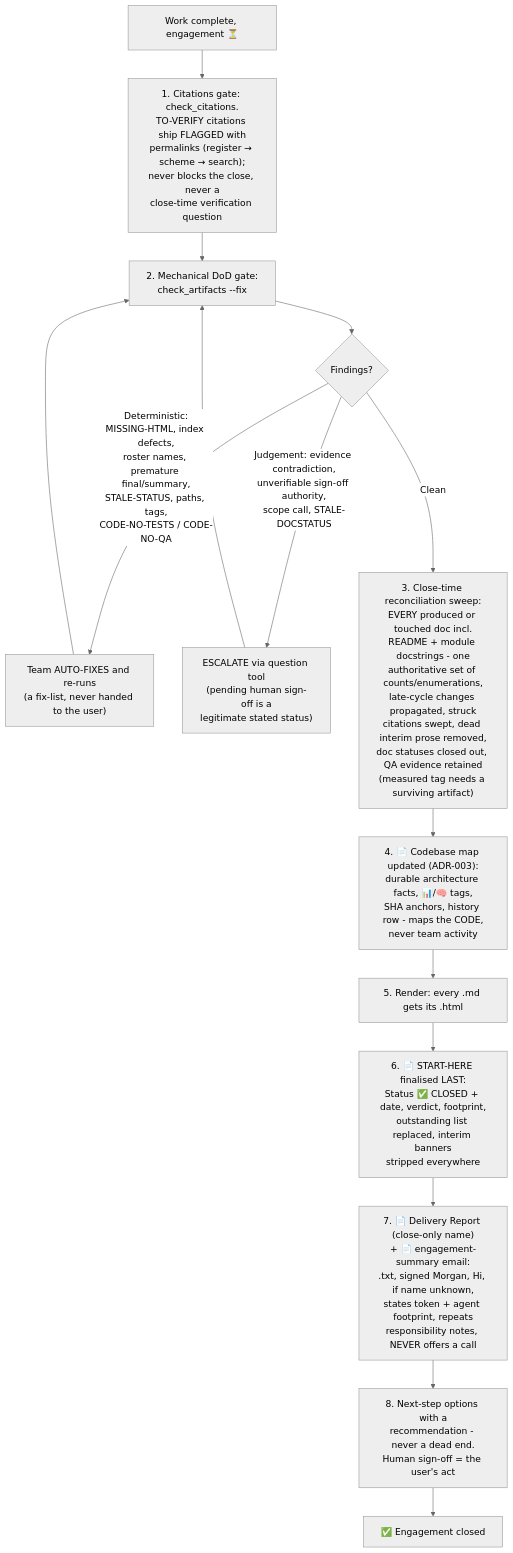
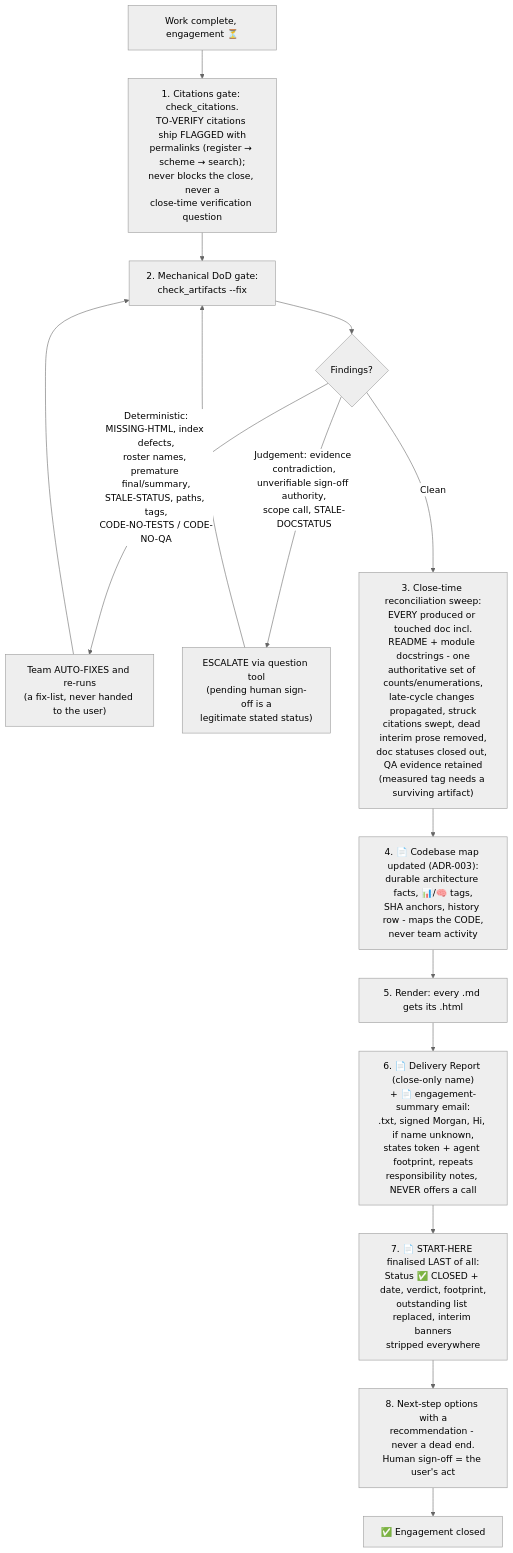
Before and after one commit to danieledge/virtual-surv-IT: the fourth of 4 diagrams in docs/engagement-flow-diagram.md, drawn with Mermaid (neutral theme). The commit also changed other lines of this file and 3 other files, not shown here.

Commit message:
flow docs review: fix close-step order (report+email BEFORE the final START-HERE flip, per engage step 6), add marker-verify + full consent-writes matcher, clearer Stop wording

````diff
--- a/docs/engagement-flow-diagram.md
+++ b/docs/engagement-flow-diagram.md
@@ -116,15 +116,15 @@
 ```mermaid
 flowchart TD
     C0["Work complete, engagement ⏳"] --> C1["1. Citations gate: check_citations.<br/>TO-VERIFY citations ship FLAGGED with<br/>permalinks (register → scheme → search);<br/>never blocks the close, never a<br/>close-time verification question"]
     C1 --> C2["2. Mechanical DoD gate:<br/>check_artifacts --fix"]
     C2 --> C2Q{"Findings?"}
     C2Q -- "Deterministic:<br/>MISSING-HTML, index defects,<br/>roster names, premature final/summary,<br/>STALE-STATUS, paths, tags,<br/>CODE-NO-TESTS / CODE-NO-QA" --> C2F["Team AUTO-FIXES and re-runs<br/>(a fix-list, never handed to the user)"] --> C2
     C2Q -- "Judgement: evidence contradiction,<br/>unverifiable sign-off authority,<br/>scope call, STALE-DOCSTATUS" --> C2E["ESCALATE via question tool<br/>(pending human sign-off is a<br/>legitimate stated status)"] --> C2
     C2Q -- "Clean" --> C3["3. Close-time reconciliation sweep:<br/>EVERY produced or touched doc incl.<br/>README + module docstrings - one<br/>authoritative set of counts/enumerations,<br/>late-cycle changes propagated, struck<br/>citations swept, dead interim prose removed,<br/>doc statuses closed out, QA evidence retained<br/>(measured tag needs a surviving artifact)"]
     C3 --> C4["4. 📄 Codebase map updated (ADR-003):<br/>durable architecture facts, 📊/🧠 tags,<br/>SHA anchors, history row - maps the CODE,<br/>never team activity"]
     C4 --> C5["5. Render: every .md gets its .html"]
-    C5 --> C6["6. 📄 START-HERE finalised LAST:<br/>Status ✅ CLOSED + date, verdict, footprint,<br/>outstanding list replaced, interim banners<br/>stripped everywhere"]
-    C6 --> C7["7. 📄 Delivery Report (close-only name)<br/>+ 📄 engagement-summary email:<br/>.txt, signed Morgan, Hi, if name unknown,<br/>states token + agent footprint, repeats<br/>responsibility notes, NEVER offers a call"]
+    C5 --> C6["6. 📄 Delivery Report (close-only name)<br/>+ 📄 engagement-summary email:<br/>.txt, signed Morgan, Hi, if name unknown,<br/>states token + agent footprint, repeats<br/>responsibility notes, NEVER offers a call"]
+    C6 --> C7["7. 📄 START-HERE finalised LAST of all:<br/>Status ✅ CLOSED + date, verdict, footprint,<br/>outstanding list replaced, interim banners<br/>stripped everywhere"]
     C7 --> C8["8. Next-step options with a<br/>recommendation - never a dead end.<br/>Human sign-off = the user's act"]
     C8 --> FIN["✅ Engagement closed"]
 ```
````
